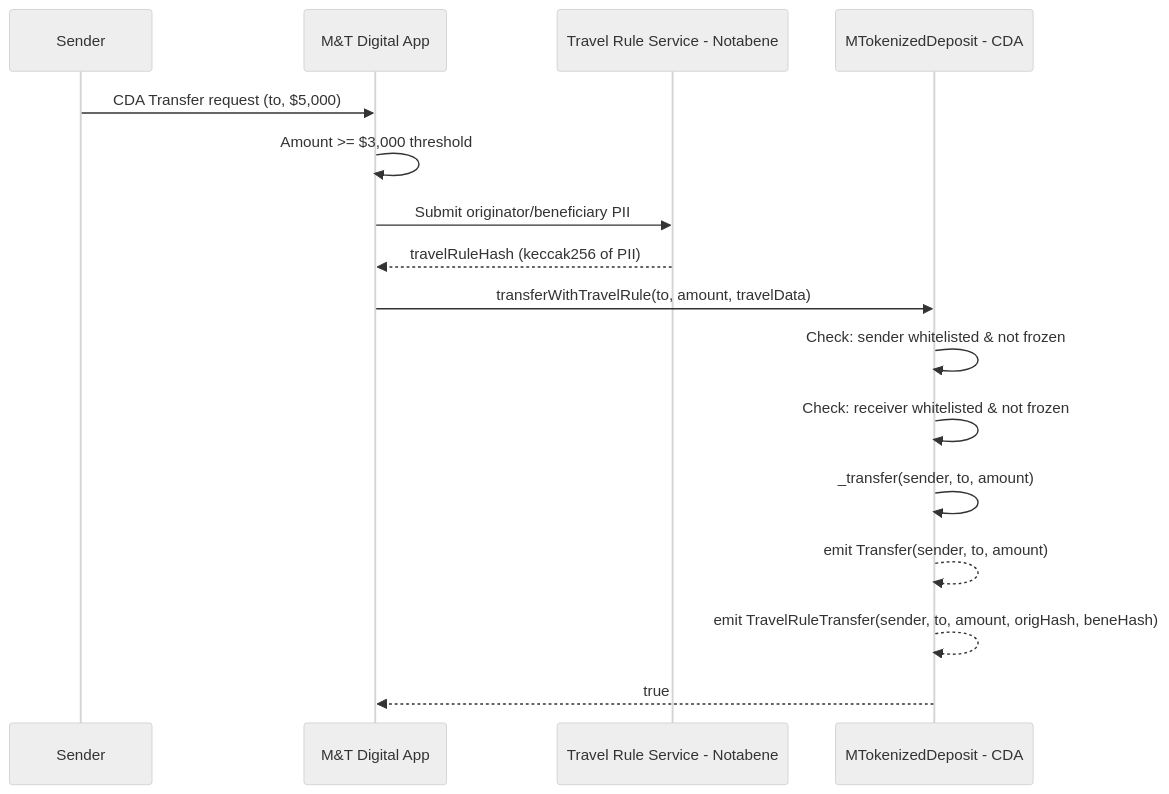
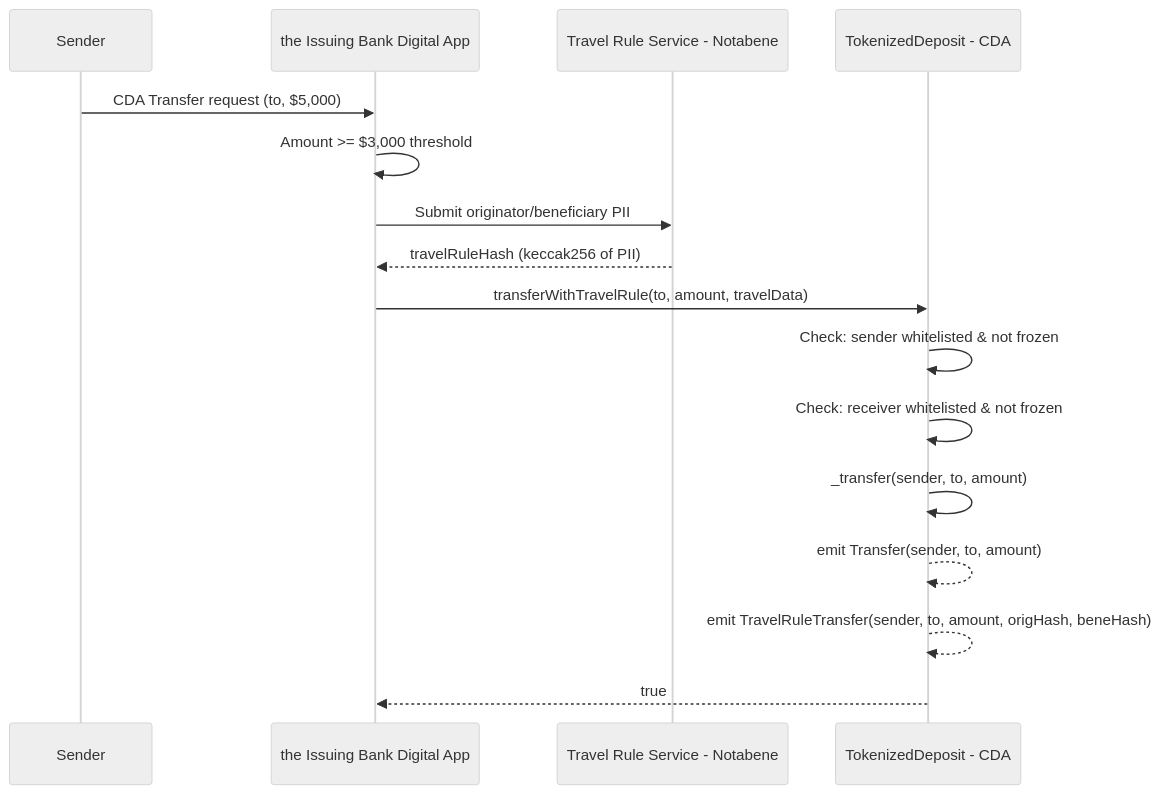
Before and after one commit to jnodes/tokenized-deposits: the third of 6 diagrams in docs/contract_flow_diagrams.md, drawn with Mermaid (neutral theme). The commit also changed other lines of this file and 160 other files, not shown here.

````diff
--- a/docs/contract_flow_diagrams.md
+++ b/docs/contract_flow_diagrams.md
@@ -68,20 +68,20 @@
 ```mermaid
 sequenceDiagram
     participant Sender
-    participant App as M&T Digital App
+    participant App as the Issuing Bank Digital App
     participant Notabene as Travel Rule Service - Notabene
-    participant Token as MTokenizedDeposit - CDA
+    participant Token as TokenizedDeposit - CDA
 
     Sender->>App: CDA Transfer request (to, $5,000)
     App->>App: Amount >= $3,000 threshold
     App->>Notabene: Submit originator/beneficiary PII
     Notabene-->>App: travelRuleHash (keccak256 of PII)
 
     App->>Token: transferWithTravelRule(to, amount, travelData)
     Token->>Token: Check: sender whitelisted & not frozen
     Token->>Token: Check: receiver whitelisted & not frozen
     Token->>Token: _transfer(sender, to, amount)
     Token-->>Token: emit Transfer(sender, to, amount)
     Token-->>Token: emit TravelRuleTransfer(sender, to, amount, origHash, beneHash)
     Token-->>App: true
 ```
````
